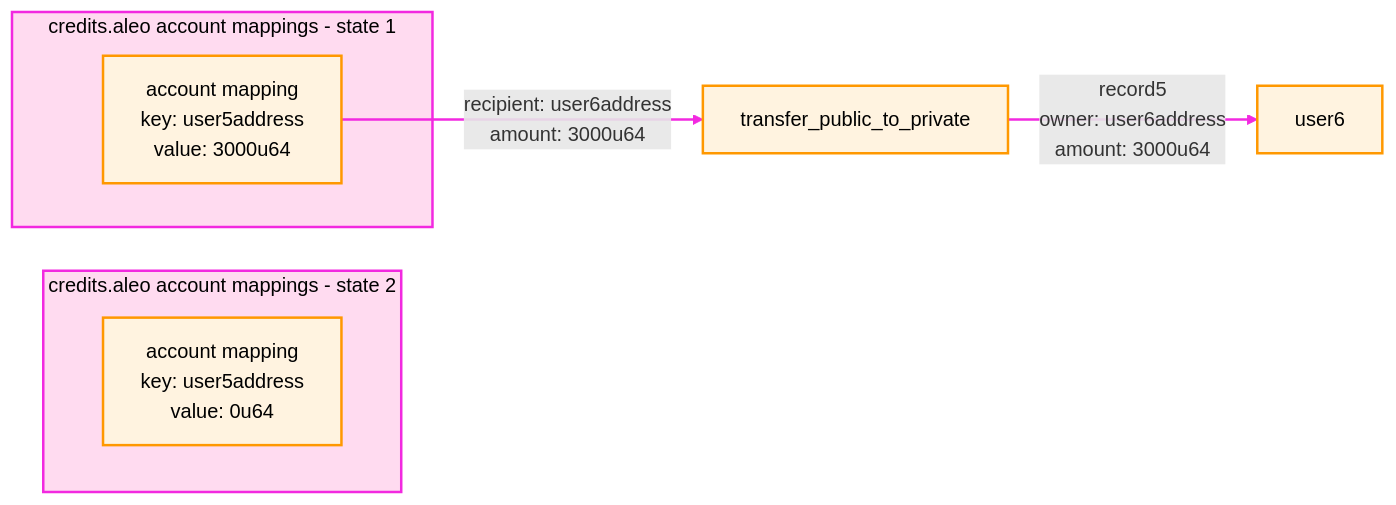
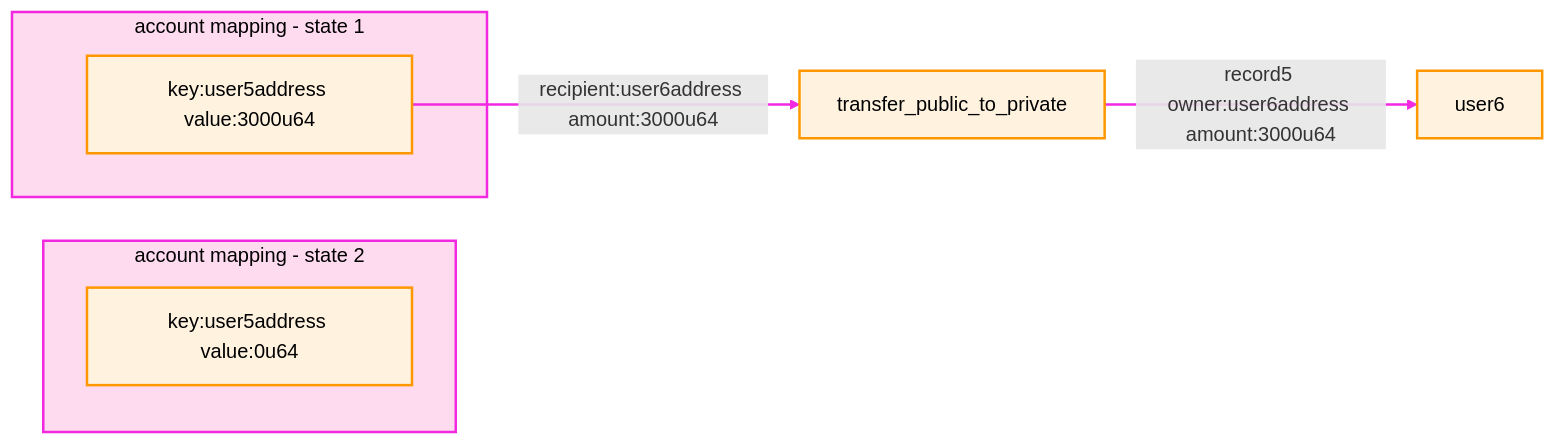
The fifth of 5 diagrams in documentation/concepts/fundamentals/08_transfers.md (AleoNet/welcome), drawn with Mermaid before and after one commit. The commit also changed other lines of this file, not shown here.

Commit message:
Fix 08_transfers.md markdown diagrams

````diff
--- a/documentation/concepts/fundamentals/08_transfers.md
+++ b/documentation/concepts/fundamentals/08_transfers.md
@@ -153,17 +153,17 @@
 ```mermaid
 graph LR
-    subgraph state2["credits.aleo account mappings - state 2"]
-        m2[account mapping \n key: user5address \n value: 0u64]
+    subgraph state2["account mapping - state 2"]
+        m2[key:user5address value:0u64]
     end
 
-    subgraph state1["credits.aleo account mappings - state 1"]
-        m1[account mapping \n key: user5address \n value: 3000u64]
+    subgraph state1["account mapping - state 1"]
+        m1[key:user5address value:3000u64]
     end
 
-    m1--recipient: user6address \n amount: 3000u64-->transfer_public_to_private
-    transfer_public_to_private--record5 \n owner: user6address \n amount: 3000u64-->user6
+    m1--recipient:user6address amount:3000u64-->transfer_public_to_private
+    transfer_public_to_private--record5 owner:user6address amount:3000u64-->user6
     classDef default fill:#fff3e0,stroke:#ff9800,stroke-width:2px,color:#000;
     style state1 fill:#ffdbf0,stroke:#f229e0,stroke-width:2px,color:#000;
     style state2 fill:#ffdbf0,stroke:#f229e0,stroke-width:2px,color:#000;
     linkStyle default stroke:#f229e0,stroke-width:2px;
 ```
````
